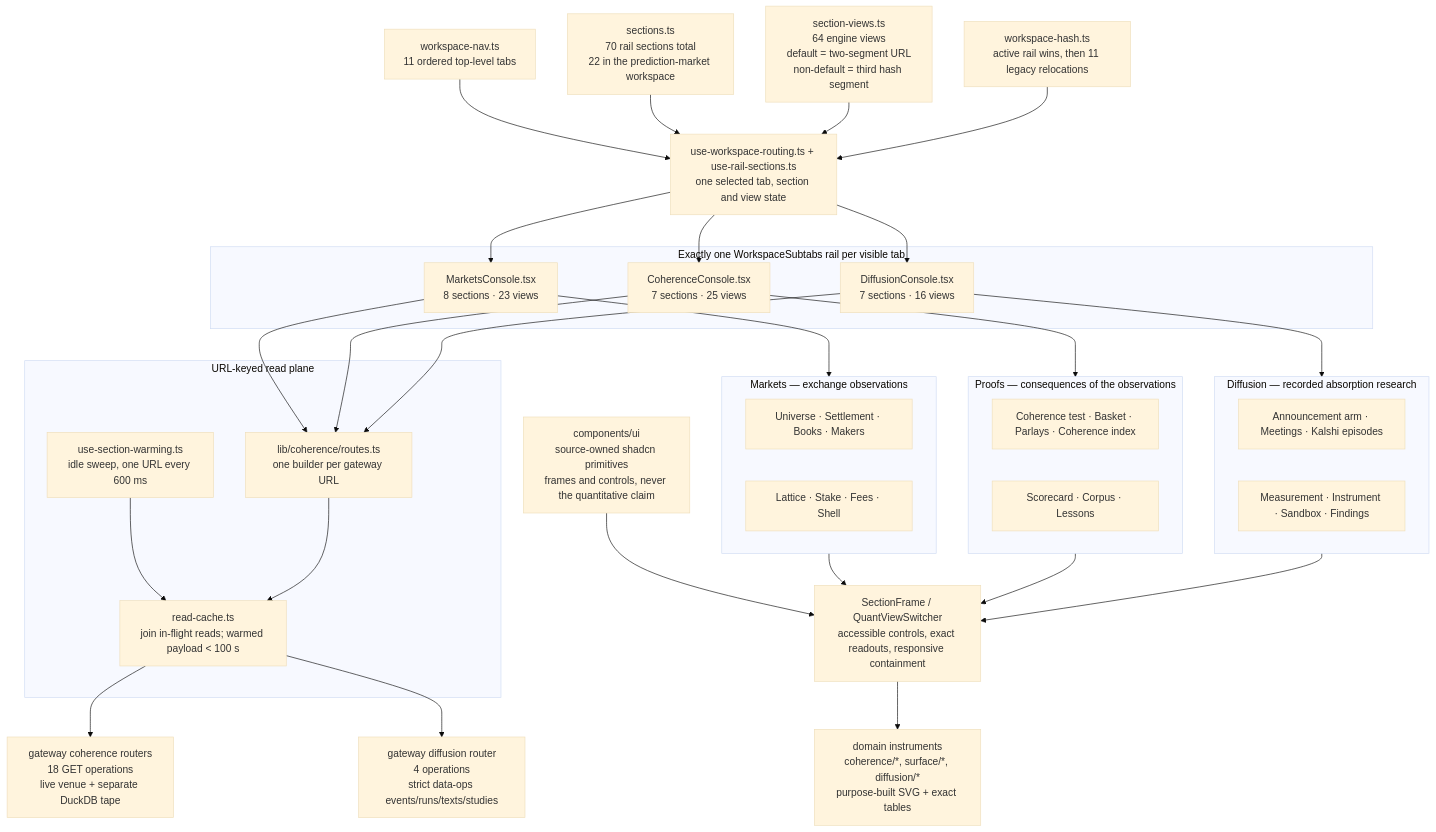
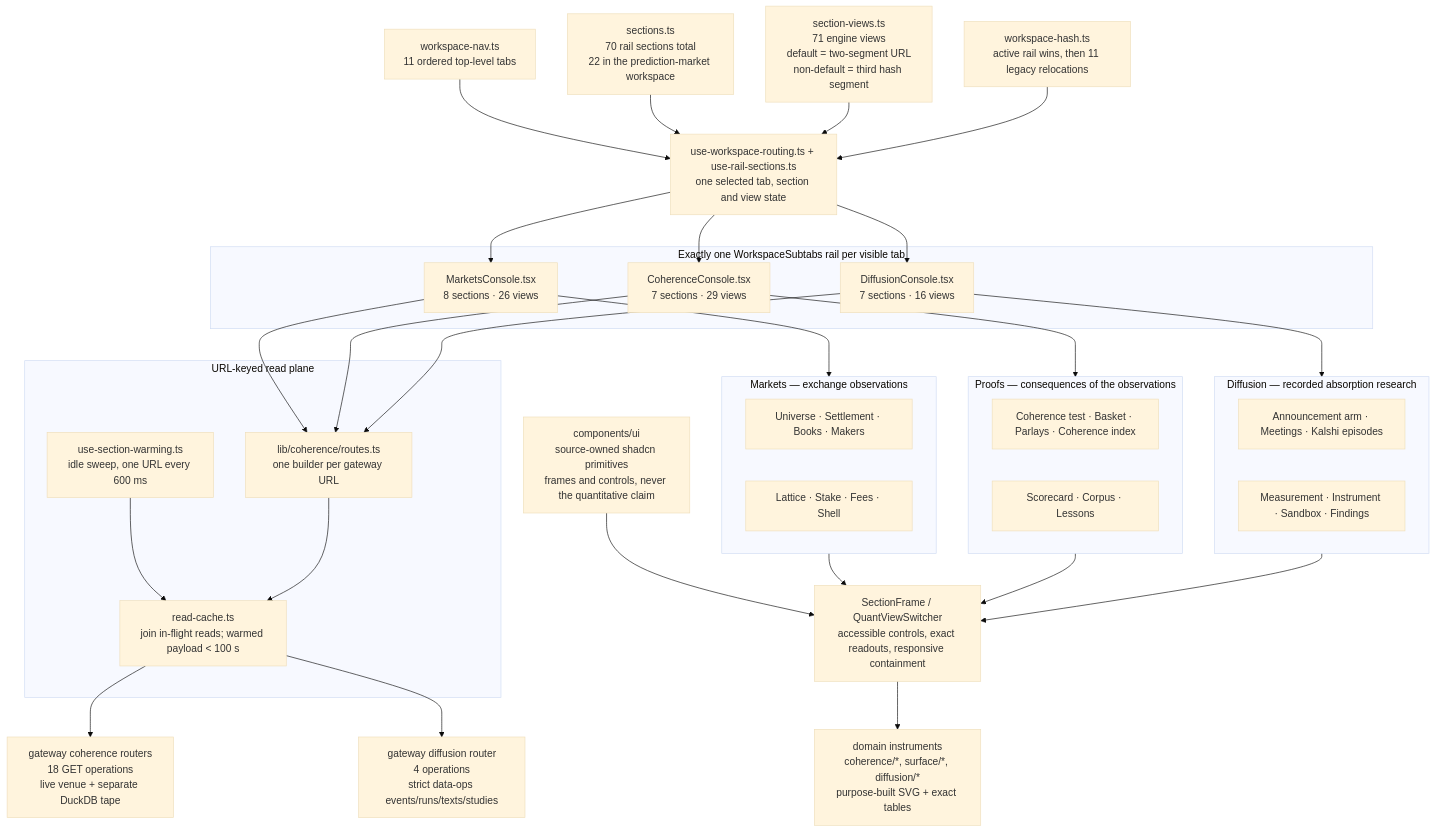
The sixth of 6 diagrams in docs/architecture/UML_DIAGRAMS.md (Manutd1234/AlphaEngine), drawn with Mermaid (base theme) before and after one commit. The commit also changed other lines of this file and 40 other files, not shown here.

````diff
--- a/docs/architecture/UML_DIAGRAMS.md
+++ b/docs/architecture/UML_DIAGRAMS.md
@@ -720,63 +720,63 @@
 ```mermaid
 flowchart TB
     nav["workspace-nav.ts<br/>11 ordered top-level tabs"]
     rails["sections.ts<br/>70 rail sections total<br/>22 in the prediction-market workspace"]
-    views["section-views.ts<br/>64 engine views<br/>default = two-segment URL<br/>non-default = third hash segment"]
+    views["section-views.ts<br/>71 engine views<br/>default = two-segment URL<br/>non-default = third hash segment"]
     router["use-workspace-routing.ts + use-rail-sections.ts<br/>one selected tab, section and view state"]
     legacy["workspace-hash.ts<br/>active rail wins, then 11 legacy relocations"]
 
     nav --> router
     rails --> router
     views --> router
     legacy --> router
 
     subgraph consoles["Exactly one WorkspaceSubtabs rail per visible tab"]
-        markets["MarketsConsole.tsx<br/>8 sections · 23 views"]
-        proofs["CoherenceConsole.tsx<br/>7 sections · 25 views"]
+        markets["MarketsConsole.tsx<br/>8 sections · 26 views"]
+        proofs["CoherenceConsole.tsx<br/>7 sections · 29 views"]
         diffusion["DiffusionConsole.tsx<br/>7 sections · 16 views"]
     end
     router --> markets
     router --> proofs
     router --> diffusion
 
     subgraph market_sections["Markets — exchange observations"]
         m1["Universe · Settlement · Books · Makers"]
         m2["Lattice · Stake · Fees · Shell"]
     end
     subgraph proof_sections["Proofs — consequences of the observations"]
         p1["Coherence test · Basket · Parlays · Coherence index"]
         p2["Scorecard · Corpus · Lessons"]
     end
     subgraph diffusion_sections["Diffusion — recorded absorption research"]
         d1["Announcement arm · Meetings · Kalshi episodes"]
         d2["Measurement · Instrument · Sandbox · Findings"]
     end
     markets --> market_sections
     proofs --> proof_sections
     diffusion --> diffusion_sections
 
     frame["SectionFrame / QuantViewSwitcher<br/>accessible controls, exact readouts, responsive containment"]
     ui["components/ui<br/>source-owned shadcn primitives<br/>frames and controls, never the quantitative claim"]
     figures["domain instruments<br/>coherence/*, surface/*, diffusion/*<br/>purpose-built SVG + exact tables"]
     market_sections --> frame
     proof_sections --> frame
     diffusion_sections --> frame
     ui --> frame
     frame --> figures
 
     subgraph reads["URL-keyed read plane"]
         routes["lib/coherence/routes.ts<br/>one builder per gateway URL"]
         cache["read-cache.ts<br/>join in-flight reads; warmed payload < 100 s"]
         warm["use-section-warming.ts<br/>idle sweep, one URL every 600 ms"]
     end
     markets --> routes
     proofs --> routes
     diffusion --> routes
     warm --> cache
     routes --> cache
 
     coherence_api["gateway coherence routers<br/>18 GET operations<br/>live venue + separate DuckDB tape"]
     diffusion_api["gateway diffusion router<br/>4 operations<br/>strict data-ops events/runs/texts/studies"]
     cache --> coherence_api
     cache --> diffusion_api
 ```
````
